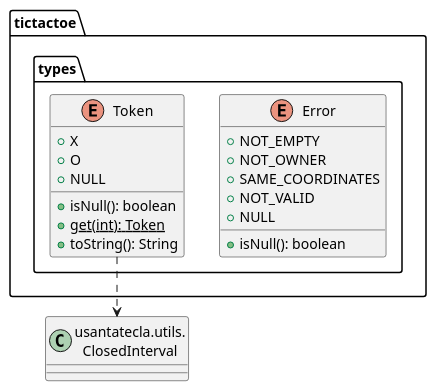
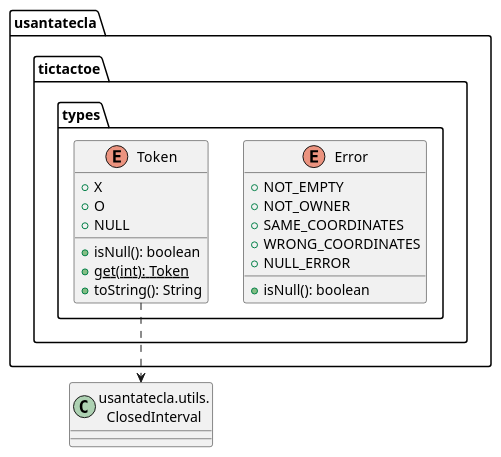
Before and after one commit to Jolucaa/USantaTecla-project-ticTacToe: the sixth of 7 diagrams in modelViewPresenter/presentationModel/basic/docs/diagrams/src/paquetes.plantuml, drawn with PlantUML. The commit also changed other lines of this file and 149 other files, not shown here.

```diff
--- a/modelViewPresenter/presentationModel/basic/docs/diagrams/src/paquetes.plantuml
+++ b/modelViewPresenter/presentationModel/basic/docs/diagrams/src/paquetes.plantuml
@@ -301,23 +442,23 @@
-@startuml paqueteTypes
+@startuml tictactoe.types
 class ClosedInterval as "usantatecla.utils.\nClosedInterval"
 
-enum  tictactoe.types.Error{
+enum  usantatecla.tictactoe.types.Error{
   + NOT_EMPTY
   + NOT_OWNER
   + SAME_COORDINATES
-  + NOT_VALID
-  + NULL
+  + WRONG_COORDINATES
+  + NULL_ERROR
   + isNull(): boolean
 }
 
-enum  tictactoe.types.Token{
+enum  usantatecla.tictactoe.types.Token{
   + X
   + O
   + NULL
   + isNull(): boolean
   + {static} get(int): Token
   + toString(): String
 }
-tictactoe.types.Token .down.> ClosedInterval
+usantatecla.tictactoe.types.Token .down.> ClosedInterval
 
 @enduml
```
